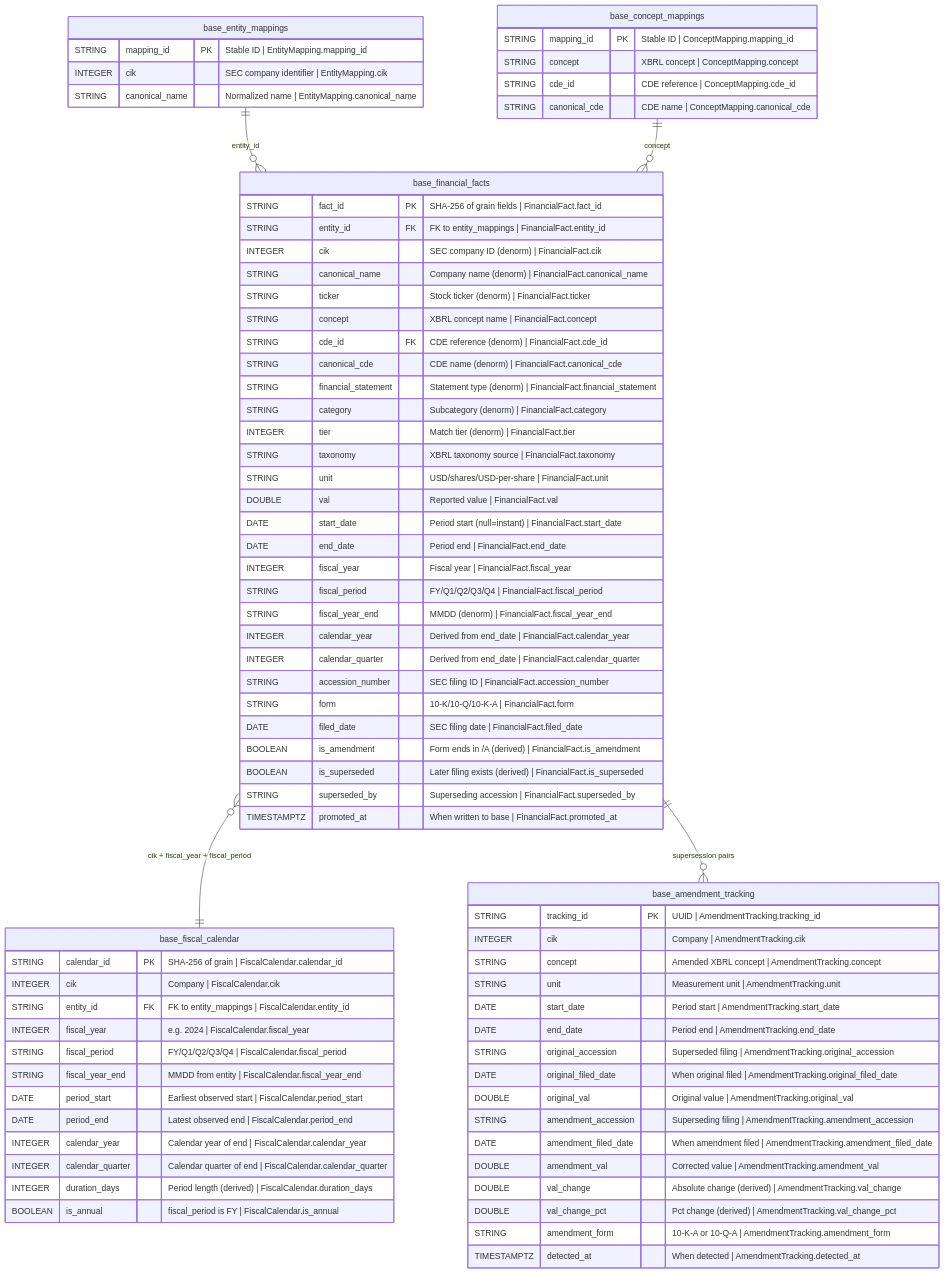
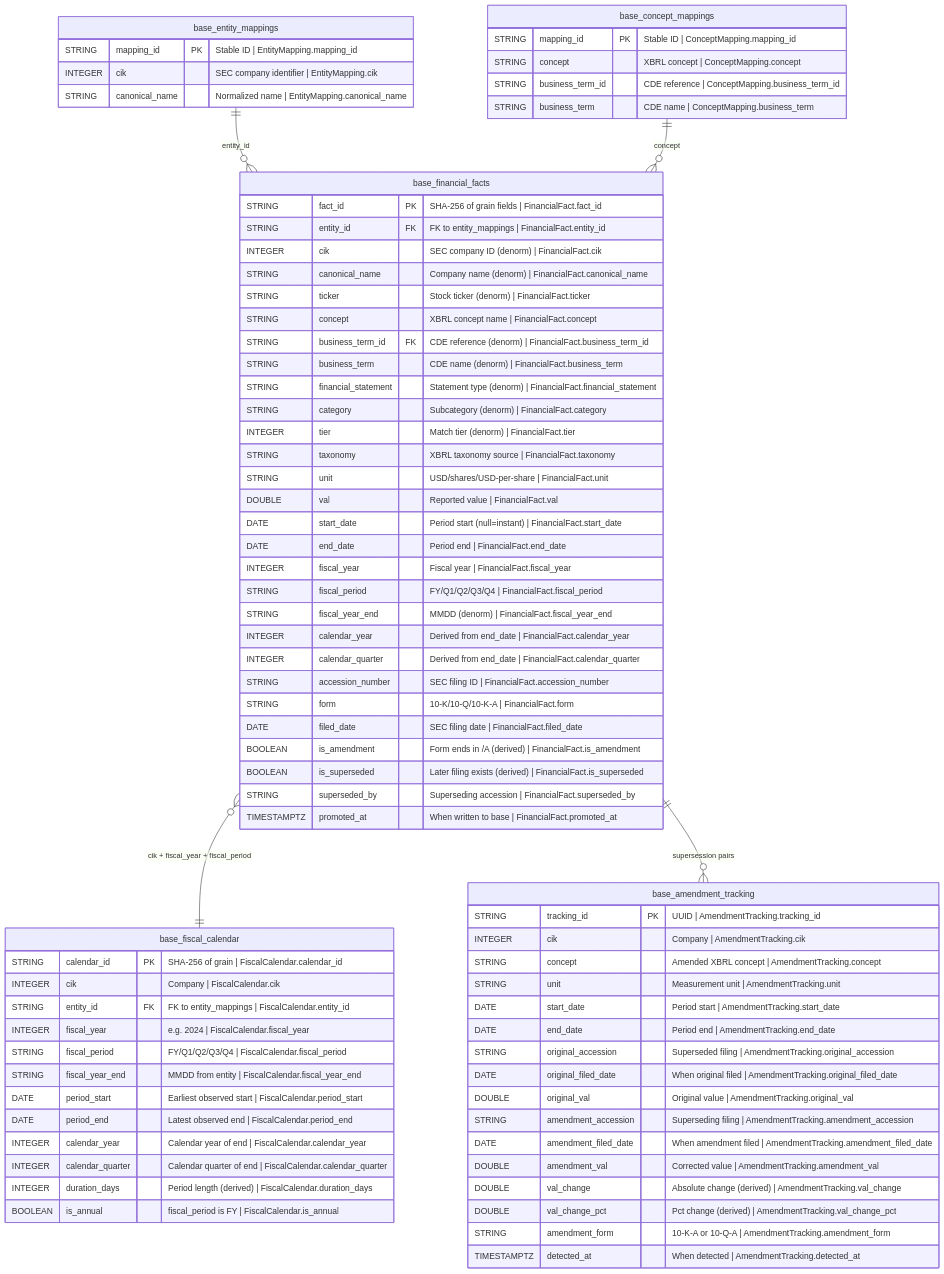
One commit to jcernauske/sec-edgair changed the diagram in governance/models/base-financial-facts-model-physical.md. Above: the diagram before and after it, drawn with Mermaid. The commit also changed other lines of this file and 50 other files, not shown here.

First line of the commit message:
refactor(infra-governance-model-alignment): CDE → business term unification

````diff
--- a/governance/models/base-financial-facts-model-physical.md
+++ b/governance/models/base-financial-facts-model-physical.md
@@ -11,80 +11,80 @@
 ```mermaid
 erDiagram
     base_entity_mappings {
         STRING mapping_id PK "Stable ID | EntityMapping.mapping_id"
         INTEGER cik "SEC company identifier | EntityMapping.cik"
         STRING canonical_name "Normalized name | EntityMapping.canonical_name"
     }
     base_concept_mappings {
         STRING mapping_id PK "Stable ID | ConceptMapping.mapping_id"
         STRING concept "XBRL concept | ConceptMapping.concept"
-        STRING cde_id "CDE reference | ConceptMapping.cde_id"
-        STRING canonical_cde "CDE name | ConceptMapping.canonical_cde"
+        STRING business_term_id "CDE reference | ConceptMapping.business_term_id"
+        STRING business_term "CDE name | ConceptMapping.business_term"
     }
     base_financial_facts {
         STRING fact_id PK "SHA-256 of grain fields | FinancialFact.fact_id"
         STRING entity_id FK "FK to entity_mappings | FinancialFact.entity_id"
         INTEGER cik "SEC company ID (denorm) | FinancialFact.cik"
         STRING canonical_name "Company name (denorm) | FinancialFact.canonical_name"
         STRING ticker "Stock ticker (denorm) | FinancialFact.ticker"
         STRING concept "XBRL concept name | FinancialFact.concept"
-        STRING cde_id FK "CDE reference (denorm) | FinancialFact.cde_id"
-        STRING canonical_cde "CDE name (denorm) | FinancialFact.canonical_cde"
+        STRING business_term_id FK "CDE reference (denorm) | FinancialFact.business_term_id"
+        STRING business_term "CDE name (denorm) | FinancialFact.business_term"
         STRING financial_statement "Statement type (denorm) | FinancialFact.financial_statement"
         STRING category "Subcategory (denorm) | FinancialFact.category"
         INTEGER tier "Match tier (denorm) | FinancialFact.tier"
         STRING taxonomy "XBRL taxonomy source | FinancialFact.taxonomy"
         STRING unit "USD/shares/USD-per-share | FinancialFact.unit"
         DOUBLE val "Reported value | FinancialFact.val"
         DATE start_date "Period start (null=instant) | FinancialFact.start_date"
         DATE end_date "Period end | FinancialFact.end_date"
         INTEGER fiscal_year "Fiscal year | FinancialFact.fiscal_year"
         STRING fiscal_period "FY/Q1/Q2/Q3/Q4 | FinancialFact.fiscal_period"
         STRING fiscal_year_end "MMDD (denorm) | FinancialFact.fiscal_year_end"
         INTEGER calendar_year "Derived from end_date | FinancialFact.calendar_year"
         INTEGER calendar_quarter "Derived from end_date | FinancialFact.calendar_quarter"
         STRING accession_number "SEC filing ID | FinancialFact.accession_number"
         STRING form "10-K/10-Q/10-K-A | FinancialFact.form"
         DATE filed_date "SEC filing date | FinancialFact.filed_date"
         BOOLEAN is_amendment "Form ends in /A (derived) | FinancialFact.is_amendment"
         BOOLEAN is_superseded "Later filing exists (derived) | FinancialFact.is_superseded"
         STRING superseded_by "Superseding accession | FinancialFact.superseded_by"
         TIMESTAMPTZ promoted_at "When written to base | FinancialFact.promoted_at"
     }
     base_fiscal_calendar {
         STRING calendar_id PK "SHA-256 of grain | FiscalCalendar.calendar_id"
         INTEGER cik "Company | FiscalCalendar.cik"
         STRING entity_id FK "FK to entity_mappings | FiscalCalendar.entity_id"
         INTEGER fiscal_year "e.g. 2024 | FiscalCalendar.fiscal_year"
         STRING fiscal_period "FY/Q1/Q2/Q3/Q4 | FiscalCalendar.fiscal_period"
         STRING fiscal_year_end "MMDD from entity | FiscalCalendar.fiscal_year_end"
         DATE period_start "Earliest observed start | FiscalCalendar.period_start"
         DATE period_end "Latest observed end | FiscalCalendar.period_end"
         INTEGER calendar_year "Calendar year of end | FiscalCalendar.calendar_year"
         INTEGER calendar_quarter "Calendar quarter of end | FiscalCalendar.calendar_quarter"
         INTEGER duration_days "Period length (derived) | FiscalCalendar.duration_days"
         BOOLEAN is_annual "fiscal_period is FY | FiscalCalendar.is_annual"
     }
     base_amendment_tracking {
         STRING tracking_id PK "UUID | AmendmentTracking.tracking_id"
         INTEGER cik "Company | AmendmentTracking.cik"
         STRING concept "Amended XBRL concept | AmendmentTracking.concept"
         STRING unit "Measurement unit | AmendmentTracking.unit"
         DATE start_date "Period start | AmendmentTracking.start_date"
         DATE end_date "Period end | AmendmentTracking.end_date"
         STRING original_accession "Superseded filing | AmendmentTracking.original_accession"
         DATE original_filed_date "When original filed | AmendmentTracking.original_filed_date"
         DOUBLE original_val "Original value | AmendmentTracking.original_val"
         STRING amendment_accession "Superseding filing | AmendmentTracking.amendment_accession"
         DATE amendment_filed_date "When amendment filed | AmendmentTracking.amendment_filed_date"
         DOUBLE amendment_val "Corrected value | AmendmentTracking.amendment_val"
         DOUBLE val_change "Absolute change (derived) | AmendmentTracking.val_change"
         DOUBLE val_change_pct "Pct change (derived) | AmendmentTracking.val_change_pct"
         STRING amendment_form "10-K-A or 10-Q-A | AmendmentTracking.amendment_form"
         TIMESTAMPTZ detected_at "When detected | AmendmentTracking.detected_at"
     }
     base_entity_mappings ||--o{ base_financial_facts : "entity_id"
     base_concept_mappings ||--o{ base_financial_facts : "concept"
     base_financial_facts }o--|| base_fiscal_calendar : "cik + fiscal_year + fiscal_period"
     base_financial_facts ||--o{ base_amendment_tracking : "supersession pairs"
 ```
````
